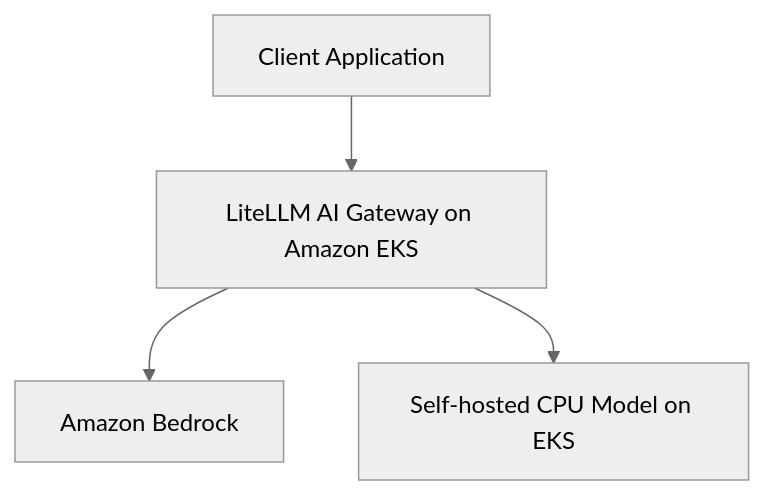
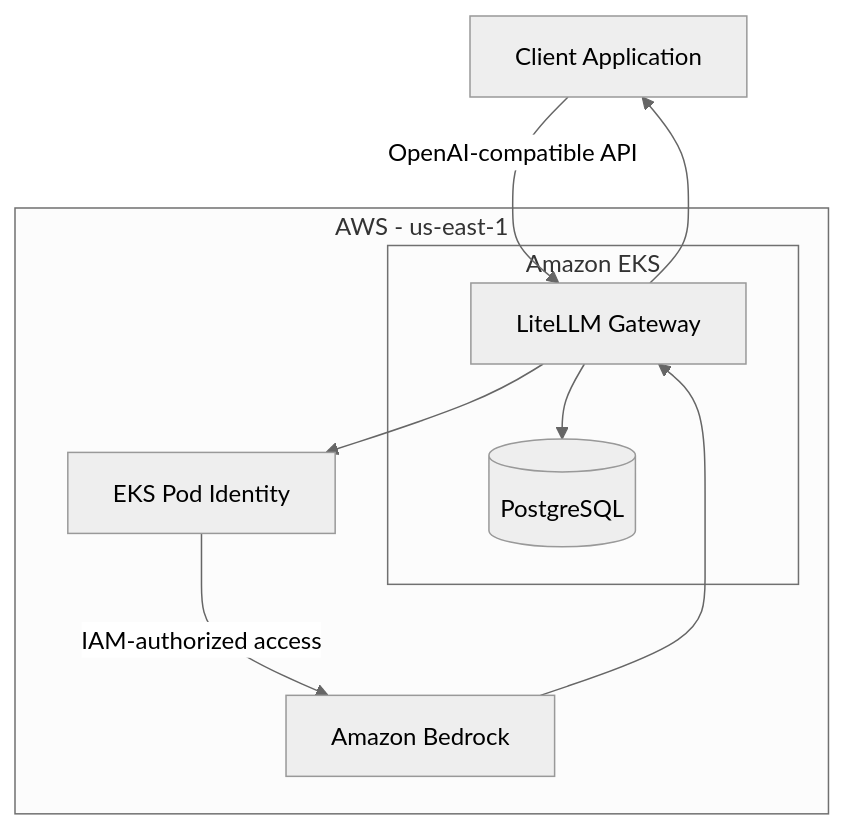
One commit to iabhishek07/ai-gateway-aws-kubernetes changed the diagram in README.md. Above: the diagram before and after it, drawn with Mermaid (neutral theme). The commit also changed other lines of this file, not shown here.

Commit message:
docs: document AI gateway architecture and deployment

````diff
--- a/README.md
+++ b/README.md
@@ -11,11 +11,18 @@
 ```mermaid
 flowchart TD
     Client[Client Application]
-    Gateway[LiteLLM AI Gateway on Amazon EKS]
-    Bedrock[Amazon Bedrock]
-    Local[Self-hosted CPU Model on EKS]
-
-    Client --> Gateway
-    Gateway --> Bedrock
-    Gateway --> Local
+    subgraph AWS["AWS - us-east-1"]
+        subgraph EKS["Amazon EKS"]
+            Gateway[LiteLLM Gateway]
+            DB[(PostgreSQL)]
+        end
+        Identity[EKS Pod Identity]
+        Bedrock[Amazon Bedrock]
+    end
+    Client -->|OpenAI-compatible API| Gateway
+    Gateway --> DB
+    Gateway --> Identity
+    Identity -->|IAM-authorized access| Bedrock
+    Bedrock --> Gateway
+    Gateway --> Client
 ```
````
